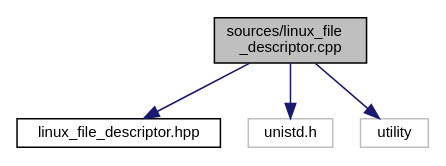
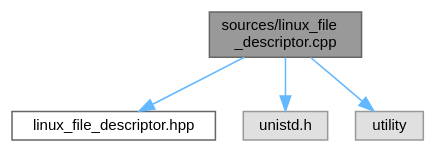
One commit to eliogovea/dev-env-cpp changed the diagram in dev/documentation/linux__file__descriptor_8cpp__incl.dot. Above: the diagram before and after it, drawn with Graphviz. The commit also changed 247 other files, not shown here.

```diff
--- a/dev/documentation/linux__file__descriptor_8cpp__incl.dot
+++ b/dev/documentation/linux__file__descriptor_8cpp__incl.dot
@@ -1,13 +1,14 @@
 digraph "sources/linux_file_descriptor.cpp"
 {
  // LATEX_PDF_SIZE
-  edge [fontname="Helvetica",fontsize="10",labelfontname="Helvetica",labelfontsize="10"];
-  node [fontname="Helvetica",fontsize="10",shape=record];
-  Node1 [label="sources/linux_file\l_descriptor.cpp",height=0.2,width=0.4,color="black", fillcolor="grey75", style="filled", fontcolor="black",tooltip=" "];
-  Node1 -> Node2 [color="midnightblue",fontsize="10",style="solid",fontname="Helvetica"];
-  Node2 [label="linux_file_descriptor.hpp",height=0.2,width=0.4,color="black", fillcolor="white", style="filled",URL="$linux__file__descriptor_8hpp.html",tooltip=" "];
-  Node1 -> Node3 [color="midnightblue",fontsize="10",style="solid",fontname="Helvetica"];
-  Node3 [label="unistd.h",height=0.2,width=0.4,color="grey75", fillcolor="white", style="filled",tooltip=" "];
-  Node1 -> Node4 [color="midnightblue",fontsize="10",style="solid",fontname="Helvetica"];
-  Node4 [label="utility",height=0.2,width=0.4,color="grey75", fillcolor="white", style="filled",tooltip=" "];
+  bgcolor="transparent";
+  edge [fontname=Helvetica,fontsize=10,labelfontname=Helvetica,labelfontsize=10];
+  node [fontname=Helvetica,fontsize=10,shape=box,height=0.2,width=0.4];
+  Node1 [id="Node000001",label="sources/linux_file\l_descriptor.cpp",height=0.2,width=0.4,color="gray40", fillcolor="grey60", style="filled", fontcolor="black",tooltip=" "];
+  Node1 -> Node2 [id="edge1_Node000001_Node000002",color="steelblue1",style="solid",tooltip=" "];
+  Node2 [id="Node000002",label="linux_file_descriptor.hpp",height=0.2,width=0.4,color="grey40", fillcolor="white", style="filled",URL="$linux__file__descriptor_8hpp.html",tooltip=" "];
+  Node1 -> Node3 [id="edge2_Node000001_Node000003",color="steelblue1",style="solid",tooltip=" "];
+  Node3 [id="Node000003",label="unistd.h",height=0.2,width=0.4,color="grey60", fillcolor="#E0E0E0", style="filled",tooltip=" "];
+  Node1 -> Node4 [id="edge3_Node000001_Node000004",color="steelblue1",style="solid",tooltip=" "];
+  Node4 [id="Node000004",label="utility",height=0.2,width=0.4,color="grey60", fillcolor="#E0E0E0", style="filled",tooltip=" "];
 }
```
